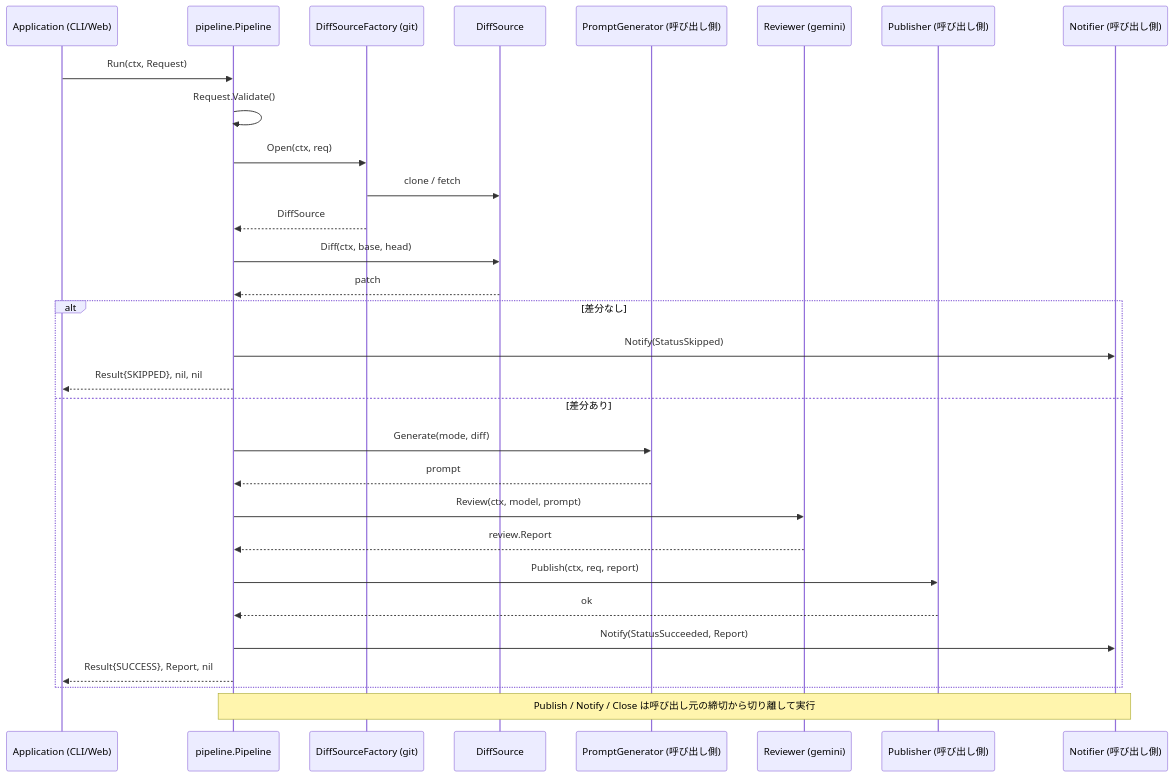
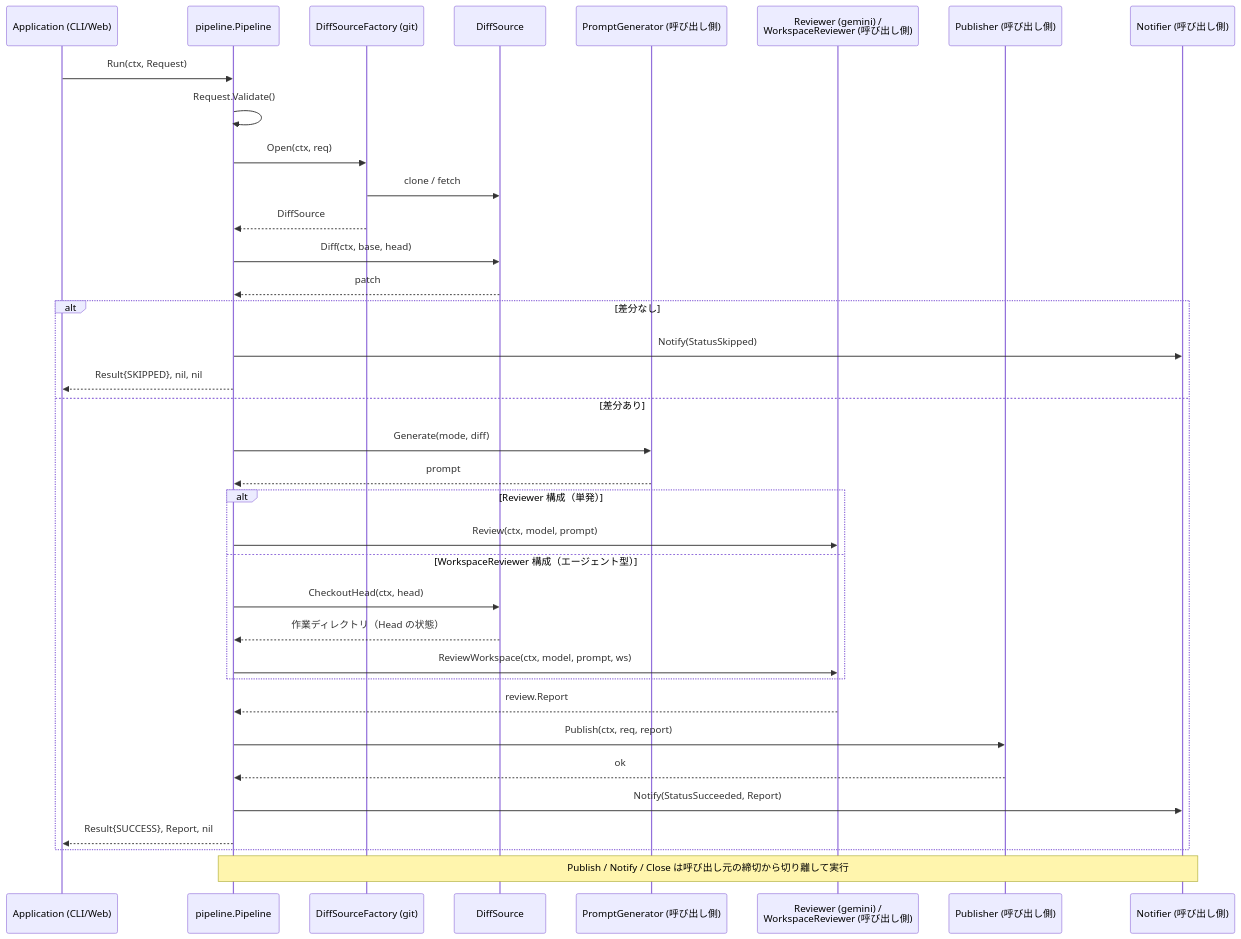
Before and after one commit to shouni/go-review-kit: the diagram in README.md, drawn with Mermaid. The commit also changed other lines of this file and 10 other files, not shown here.

First line of the commit message:
feat: add workspace reviewer port for agent-style review

````diff
--- a/README.md
+++ b/README.md
@@ -203,35 +213,43 @@
 ```mermaid
 sequenceDiagram
     participant App as Application (CLI/Web)
     participant PL as pipeline.Pipeline
     participant SF as DiffSourceFactory (git)
     participant DS as DiffSource
     participant PG as PromptGenerator (呼び出し側)
-    participant AI as Reviewer (gemini)
+    participant AI as Reviewer (gemini) /<br>WorkspaceReviewer (呼び出し側)
     participant PB as Publisher (呼び出し側)
     participant NT as Notifier (呼び出し側)
 
     App->>PL: Run(ctx, Request)
     PL->>PL: Request.Validate()
     PL->>SF: Open(ctx, req)
     SF->>DS: clone / fetch
     SF-->>PL: DiffSource
     PL->>DS: Diff(ctx, base, head)
     DS-->>PL: patch
 
     alt 差分なし
         PL->>NT: Notify(StatusSkipped)
         PL-->>App: Result{SKIPPED}, nil, nil
     else 差分あり
         PL->>PG: Generate(mode, diff)
         PG-->>PL: prompt
-        PL->>AI: Review(ctx, model, prompt)
+
+        alt Reviewer 構成（単発）
+            PL->>AI: Review(ctx, model, prompt)
+        else WorkspaceReviewer 構成（エージェント型）
+            PL->>DS: CheckoutHead(ctx, head)
+            DS-->>PL: 作業ディレクトリ（Head の状態）
+            PL->>AI: ReviewWorkspace(ctx, model, prompt, ws)
+        end
         AI-->>PL: review.Report
+
         PL->>PB: Publish(ctx, req, report)
         PB-->>PL: ok
         PL->>NT: Notify(StatusSucceeded, Report)
         PL-->>App: Result{SUCCESS}, Report, nil
     end
 
     Note over PL,NT: Publish / Notify / Close は呼び出し元の締切から切り離して実行
 ```
````
